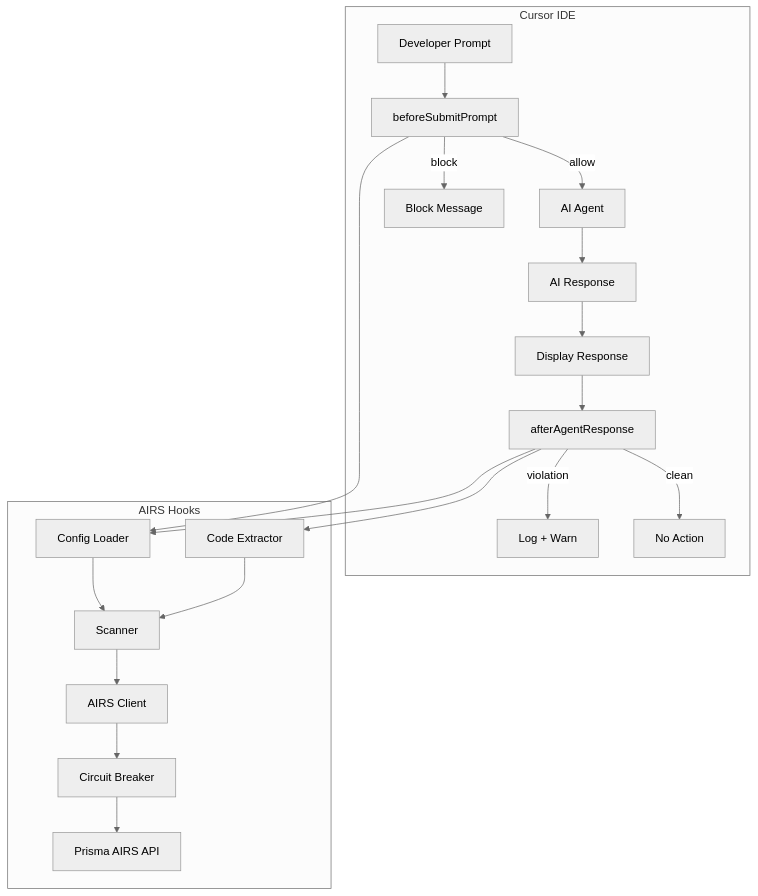
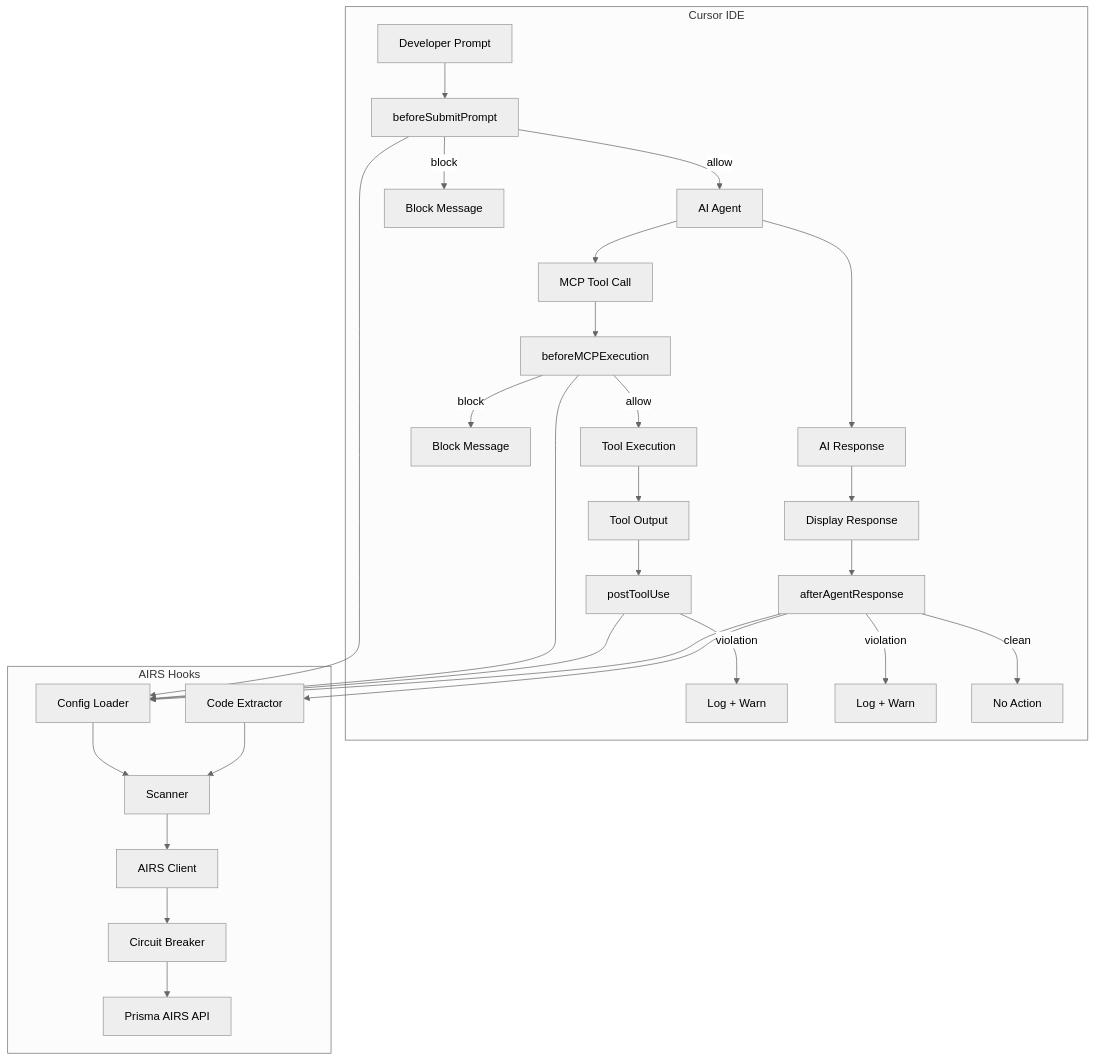
One commit to cdot65/prisma-airs-cursor-hooks changed the diagram in docs/architecture/overview.md. Above: the diagram before and after it, drawn with Mermaid (neutral theme). The commit also changed other lines of this file and 12 other files, not shown here.

````diff
--- a/docs/architecture/overview.md
+++ b/docs/architecture/overview.md
@@ -5,25 +5,34 @@
 ```mermaid
 flowchart TB
     subgraph Cursor IDE
         A[Developer Prompt] --> B[beforeSubmitPrompt]
         B -->|allow| C[AI Agent]
         B -->|block| D[Block Message]
+        C --> T[MCP Tool Call]
+        T --> U[beforeMCPExecution]
+        U -->|allow| V[Tool Execution]
+        U -->|block| W[Block Message]
+        V --> X[Tool Output]
+        X --> Y[postToolUse]
+        Y -->|violation| Z[Log + Warn]
         C --> E[AI Response]
         E --> G[Display Response]
         G --> F[afterAgentResponse]
         F -->|violation| H[Log + Warn]
         F -->|clean| I2[No Action]
     end
 
     subgraph AIRS Hooks
         B --> I[Config Loader]
         I --> J[Scanner]
         J --> K[AIRS Client]
         K --> L[Circuit Breaker]
         L --> M[Prisma AIRS API]
 
+        U --> I
+        Y --> I
         F --> I
         F --> N[Code Extractor]
         N --> J
     end
 ```
````
